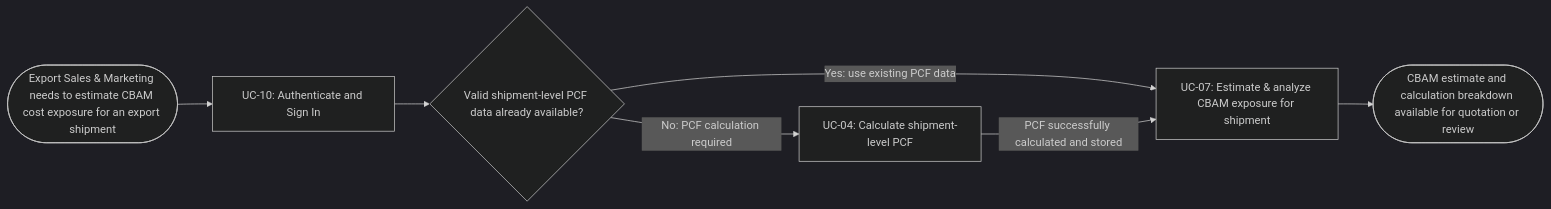
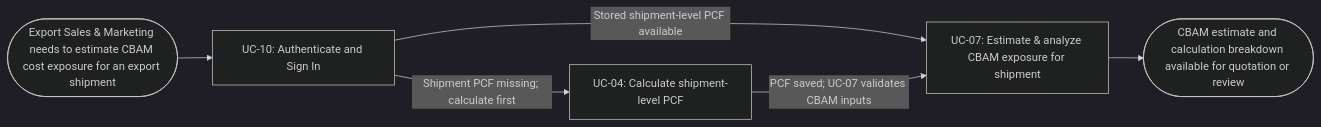
Before and after one commit to vankhanhnh-bag/HPDQ-CBAM-system: the ninth of 13 diagrams in docs/external-design/usage-flow.md, drawn with Mermaid (dark theme). The commit also changed other lines of this file and 3 other files, not shown here.

````diff
--- a/docs/external-design/usage-flow.md
+++ b/docs/external-design/usage-flow.md
@@ -139,15 +139,14 @@
 ```mermaid
 flowchart LR
   A(["Export Sales & Marketing needs to estimate CBAM cost exposure for an export shipment"])
   U10["UC-10: Authenticate and Sign In"]
-  D{"Valid shipment-level PCF data already available?"}
   U04["UC-04: Calculate shipment-level PCF"]
   U07["UC-07: Estimate & analyze CBAM exposure for shipment"]
   Z(["CBAM estimate and calculation breakdown available for quotation or review"])
 
-  A --> U10 --> D
-  D -->|"Yes: use existing PCF data"| U07
-  D -->|"No: PCF calculation required"| U04
-  U04 -->|"PCF successfully calculated and stored"| U07
+  A --> U10
+  U10 -->|"Stored shipment-level PCF available"| U07
+  U10 -->|"Shipment PCF missing; calculate first"| U04
+  U04 -->|"PCF saved; UC-07 validates CBAM inputs"| U07
   U07 --> Z
 ```
````
